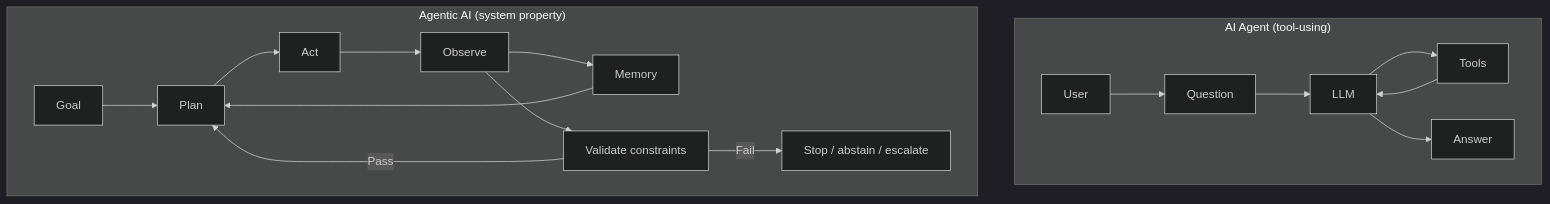
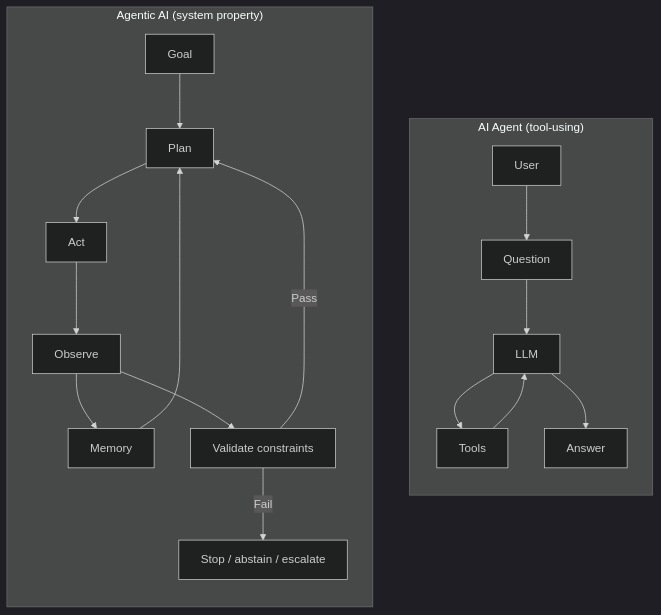
The first of 2 diagrams in docs/philosophy/ai-agent-vs-agentic-ai.md (5Reasons/5reasons.github.io), drawn with Mermaid (dark theme) before and after one commit. The commit also changed 8 other files, not shown here.

````diff
--- a/docs/philosophy/ai-agent-vs-agentic-ai.md
+++ b/docs/philosophy/ai-agent-vs-agentic-ai.md
@@ -69,21 +69,23 @@
 ```mermaid
 flowchart TB;
   subgraph ToolUse["AI Agent (tool-using)"];
+  direction TB
     U["User"] --> Q["Question"];
     Q --> L["LLM"];
     L --> T["Tools"];
     T --> L;
     L --> A["Answer"];
   end;
 
   subgraph Agentic["Agentic AI (system property)"];
+  direction TB
     G["Goal"] --> P["Plan"];
     P --> X["Act"];
     X --> O["Observe"];
     O --> M["Memory"];
     M --> P;
     O --> V["Validate constraints"];
     V -->|"Fail"| S["Stop / abstain / escalate"];
     V -->|"Pass"| P;
   end;
 ```
````
